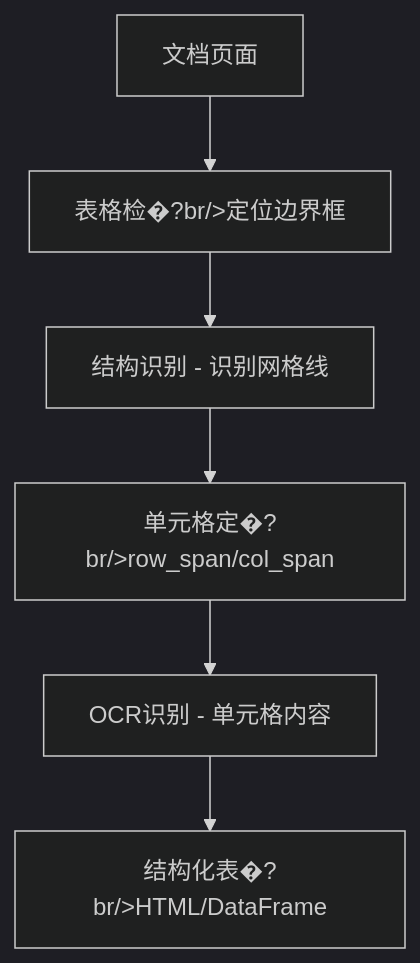
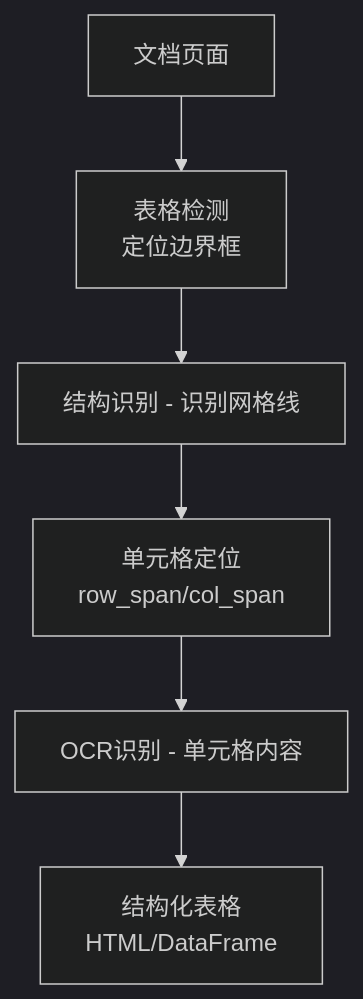
The fourth of 11 diagrams in docs/llms/multimodal/rag-agent.md (likebeans/notes-on-llms), drawn with Mermaid (dark theme) before and after one commit. The commit also changed other lines of this file and 8 other files, not shown here.

````diff
--- a/docs/llms/multimodal/rag-agent.md
+++ b/docs/llms/multimodal/rag-agent.md
@@ -88,8 +88,8 @@
 ```mermaid
 flowchart TB
-    DOC[文档页面] --> DET[表格检�?br/>定位边界框]
+    DOC[文档页面] --> DET[表格检测<br/>定位边界框]
     DET --> STRUCT[结构识别 - 识别网格线]
-    STRUCT --> CELL[单元格定�?br/>row_span/col_span]
+    STRUCT --> CELL[单元格定位<br/>row_span/col_span]
     CELL --> OCR[OCR识别 - 单元格内容]
-    OCR --> OUT[结构化表�?br/>HTML/DataFrame]
+    OCR --> OUT[结构化表格<br/>HTML/DataFrame]
 ```
````
